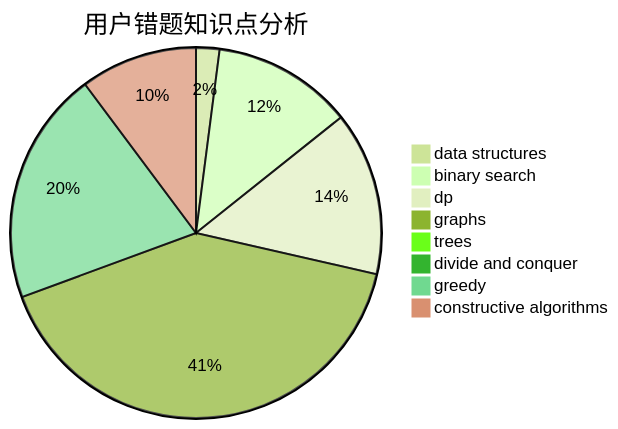
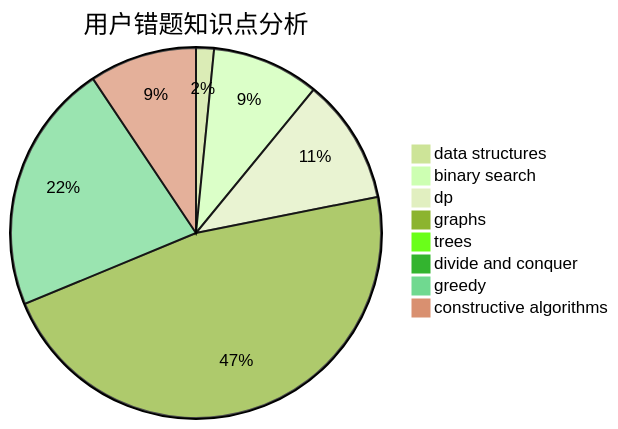
The third of 3 diagrams in docs/user/u2293.md (sherpahu/cfrs.github.io), drawn with Mermaid (forest theme) before and after one commit. The commit also changed other lines of this file and 2770 other files, not shown here.

````diff
--- a/docs/user/u2293.md
+++ b/docs/user/u2293.md
@@ -36,11 +36,11 @@
 ```mermaid
 pie title 用户错题知识点分析
     "data structures" :  1
     "binary search" :  6
     "dp" :  7
-    "graphs" :  20
+    "graphs" :  30
     "trees" :  0
     "divide and conquer" :  0
-    "greedy" :  10
-    "constructive algorithms" :  5
+    "greedy" :  14
+    "constructive algorithms" :  6
 ```
````
